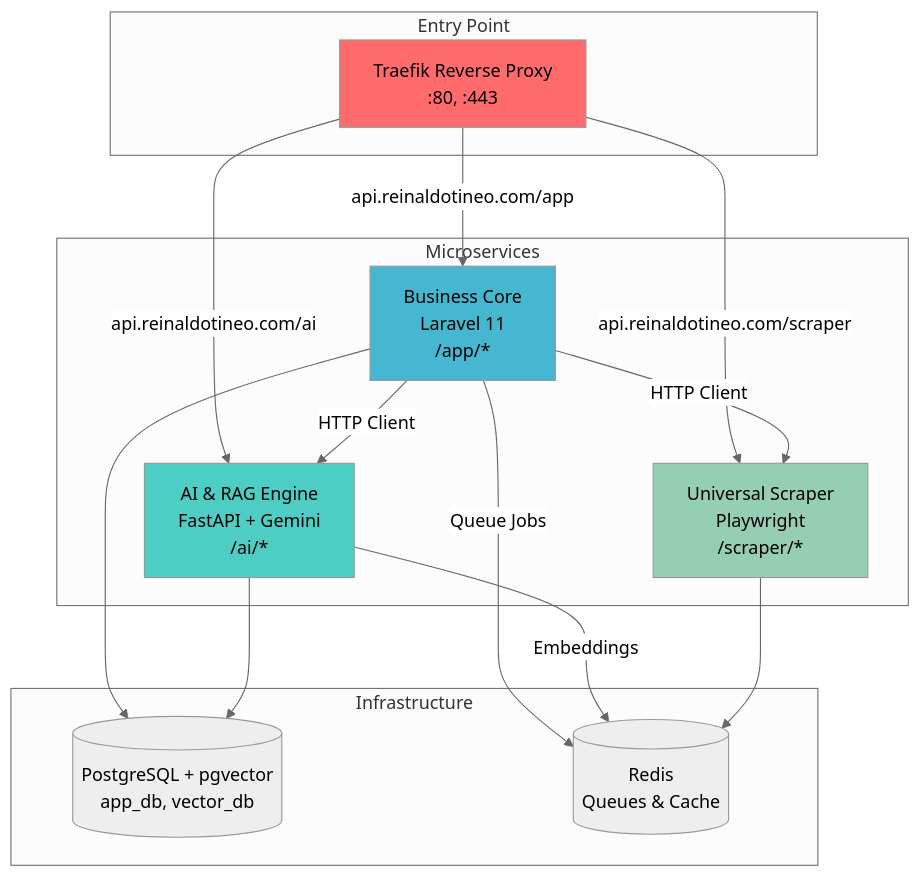
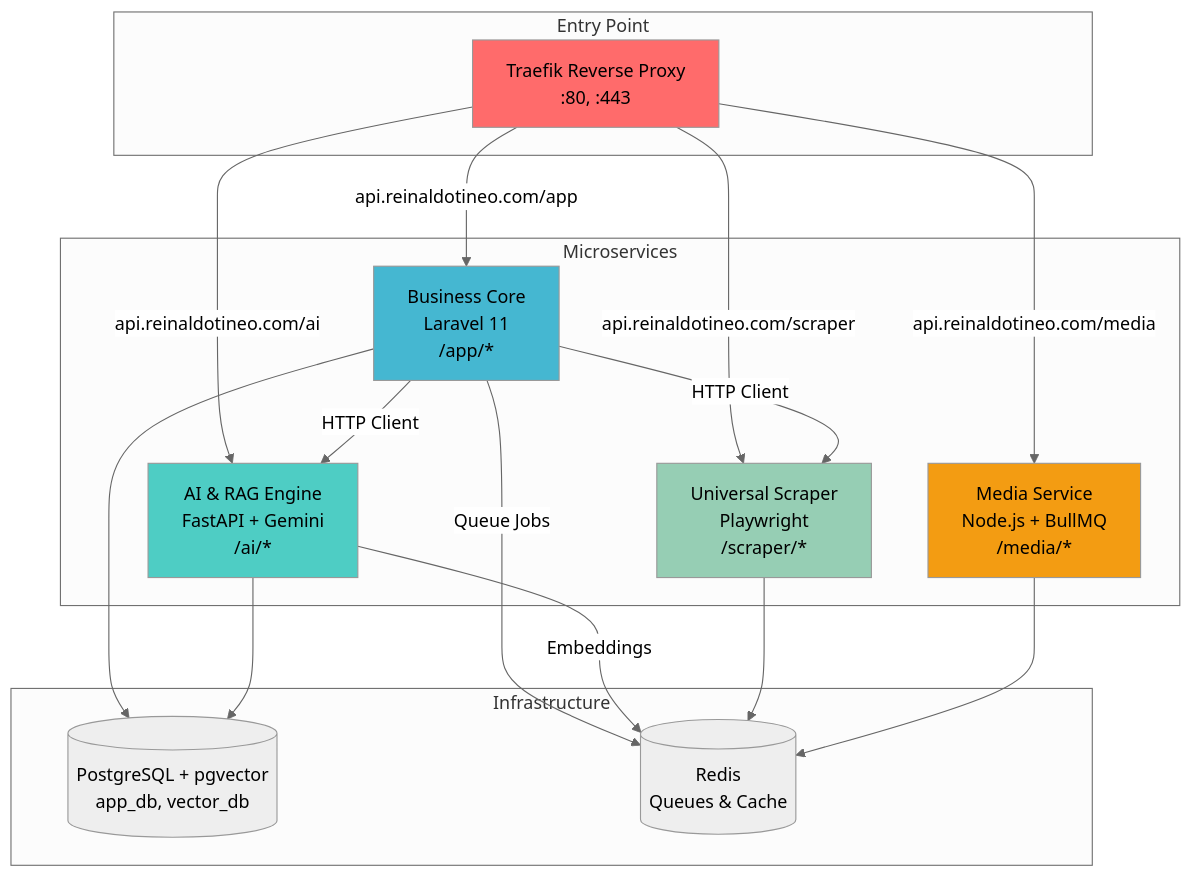
Before and after one commit to wasllot/AI-Scrape-Microservices: the first of 2 diagrams in README.md, drawn with Mermaid (neutral theme). The commit also changed other lines of this file and 74 other files, not shown here.

Commit message:
Add media-service and complete SaaS/RAG business core architecture

````diff
--- a/README.md
+++ b/README.md
@@ -7,36 +7,41 @@
 ```mermaid
 graph TB
     subgraph "Entry Point"
         Traefik[Traefik Reverse Proxy<br/>:80, :443]
     end
     
     subgraph "Microservices"
         Laravel[Business Core<br/>Laravel 11<br/>/app/*]
         AI[AI & RAG Engine<br/>FastAPI + Gemini<br/>/ai/*]
         Scraper[Universal Scraper<br/>Playwright<br/>/scraper/*]
+        Media[Media Service<br/>Node.js + BullMQ<br/>/media/*]
     end
     
     subgraph "Infrastructure"
         Postgres[(PostgreSQL + pgvector<br/>app_db, vector_db)]
         Redis[(Redis<br/>Queues & Cache)]
     end
     
     Traefik -->|api.reinaldotineo.com/app| Laravel
     Traefik -->|api.reinaldotineo.com/ai| AI
     Traefik -->|api.reinaldotineo.com/scraper| Scraper
+    Traefik -->|api.reinaldotineo.com/media| Media
     
     Laravel -->|HTTP Client| AI
     Laravel -->|HTTP Client| Scraper
     Laravel -->|Queue Jobs| Redis
     Laravel --> Postgres
     
     AI --> Postgres
     AI -->|Embeddings| Redis
     
     Scraper --> Redis
     
+    Media --> Redis
+    
     style Traefik fill:#ff6b6b
     style AI fill:#4ecdc4
     style Laravel fill:#45b7d1
     style Scraper fill:#96ceb4
+    style Media fill:#f39c12
 ```
````
